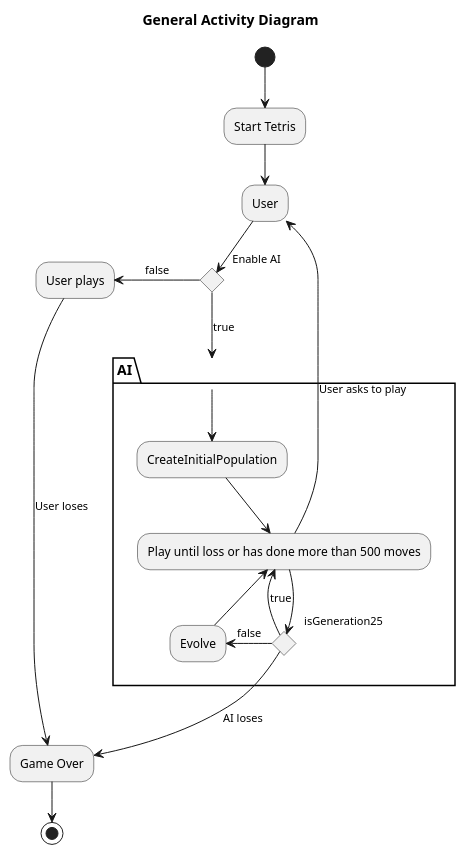
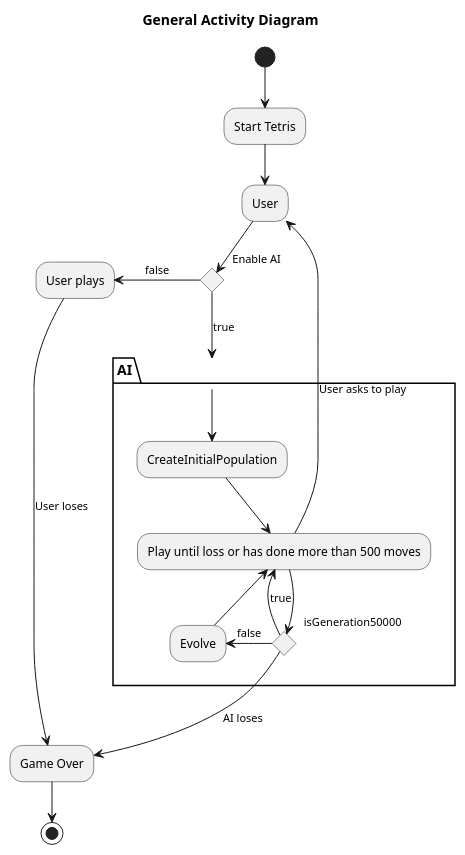
One commit to matissecallewaert/ai-tetris changed the diagram in Analyse/GeneralActivity.puml. Above: the diagram before and after it, drawn with PlantUML. The commit also changed 7 other files, not shown here.

```diff
--- a/Analyse/GeneralActivity.puml
+++ b/Analyse/GeneralActivity.puml
@@ -1,30 +1,30 @@
 @startuml generalActivity
 
 title ==General Activity Diagram==
 
 (*) --> "Start Tetris"
 -->"User"
 if "Enable AI" then
 -down->[true] "AI"
 else
 -left->[false] "User plays"
 -->[User loses] "Game Over"
 partition AI {
     "AI" --> CreateInitialPopulation
     --> Play until loss or has done more than 500 moves
-    if "isGeneration25"
+    if "isGeneration50000"
     -left->[true] "Play until loss or has done more than 500 moves"
     else
     -down->[AI loses]"Game Over"
     else
     -left->[false] Evolve
     -up-> Play until loss or has done more than 500 moves
     endif
 }
 endif
 -up->[User asks to play] User
 
 
 "Game Over" --> (*)
 
 @enduml 
```
